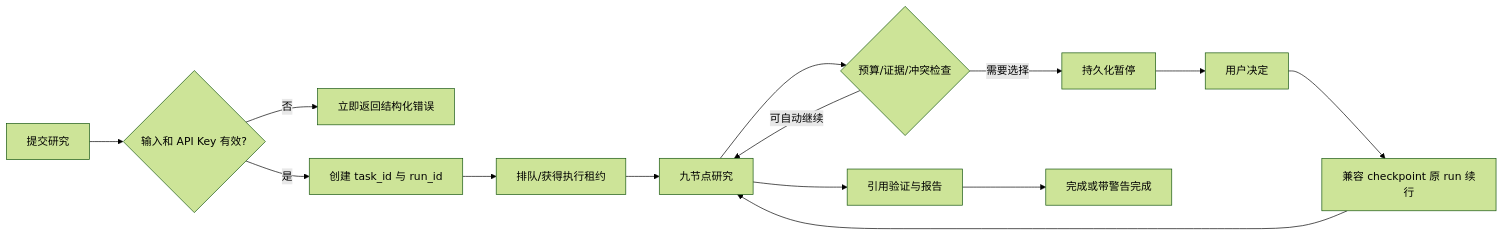
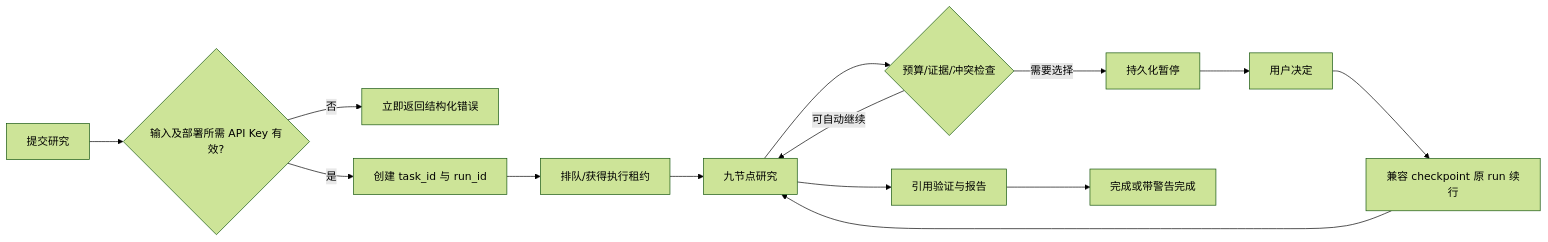
Before and after one commit to taide05/deepchoice-agent: the diagram in docs/product-engineering-enhancement-prd.md, drawn with Mermaid (forest theme). The commit also changed other lines of this file and 2 other files, not shown here.

````diff
--- a/docs/product-engineering-enhancement-prd.md
+++ b/docs/product-engineering-enhancement-prd.md
@@ -125,16 +125,16 @@
 ```mermaid
 flowchart LR
-    A[提交研究] --> B{输入和 API Key 有效?}
+    A[提交研究] --> B{输入及部署所需 API Key 有效?}
     B -- 否 --> X[立即返回结构化错误]
     B -- 是 --> C[创建 task_id 与 run_id]
     C --> D[排队/获得执行租约]
     D --> E[九节点研究]
     E --> F{预算/证据/冲突检查}
     F -- 可自动继续 --> E
     F -- 需要选择 --> G[持久化暂停]
     G --> H[用户决定]
     H --> I[兼容 checkpoint 原 run 续行]
     I --> E
     E --> J[引用验证与报告]
     J --> K[完成或带警告完成]
 ```
````
